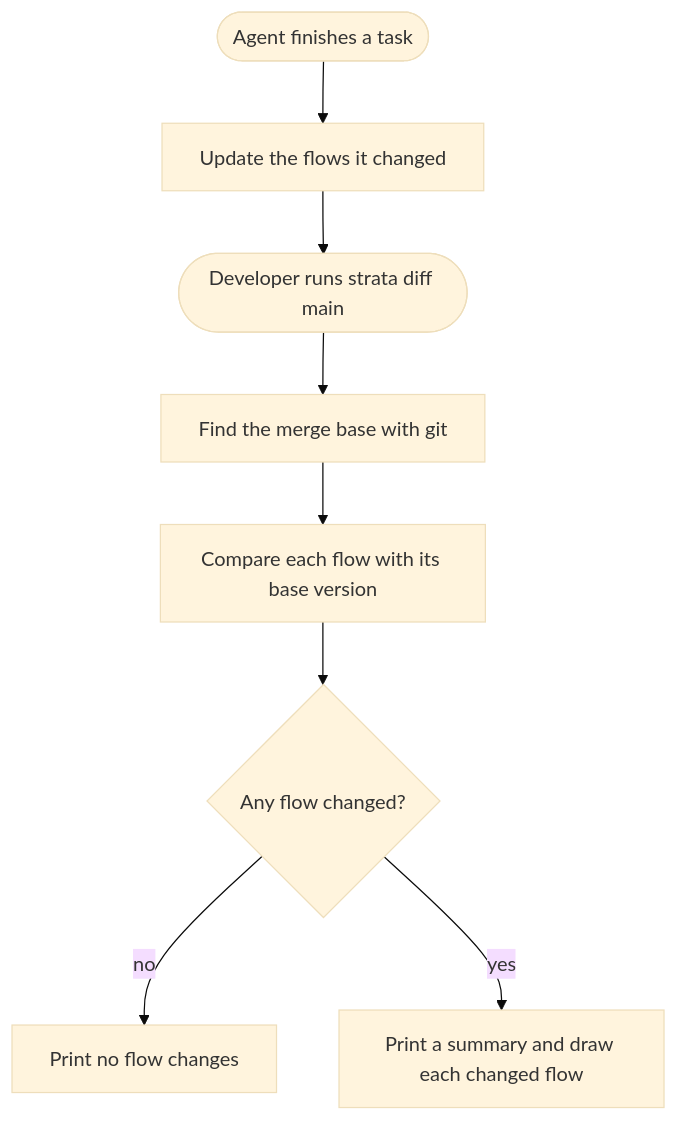
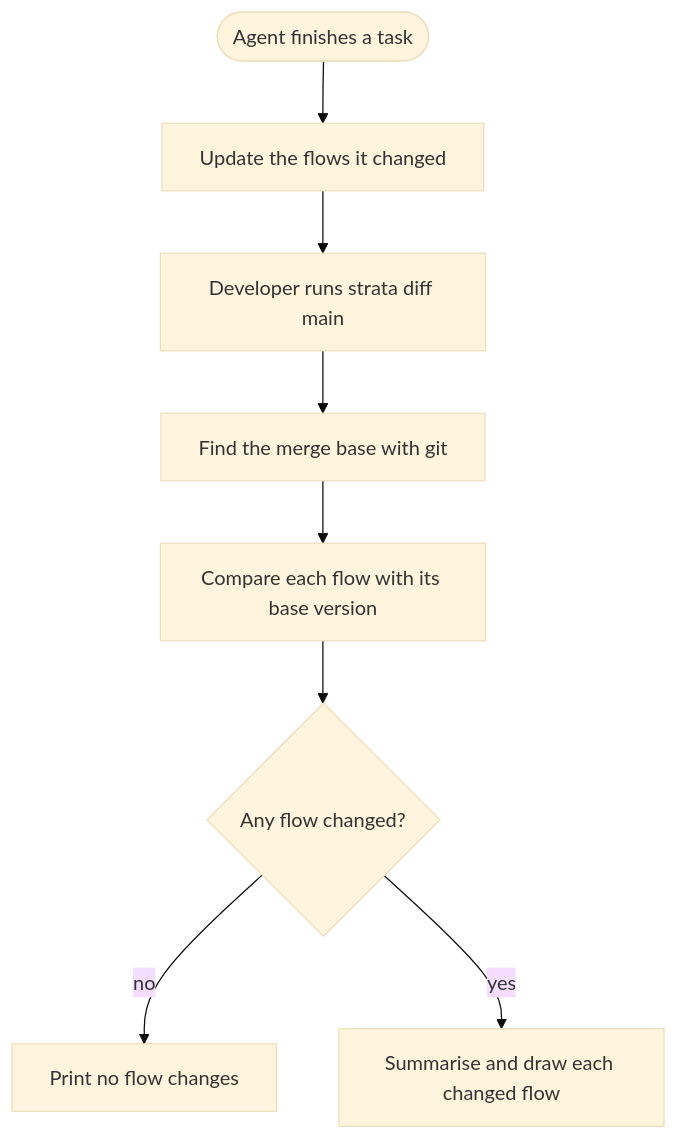
The diagram in docs/flows/review-flow-changes.md (Ross-cripto/casemap), drawn with Mermaid (base theme) before and after one commit. The commit also changed 24 other files, not shown here.

First line of the commit message:
feat(flows): strata init, the strata-flows agent skill and strata check

````diff
--- a/docs/flows/review-flow-changes.md
+++ b/docs/flows/review-flow-changes.md
@@ -5,10 +5,10 @@
 ```mermaid
 flowchart TD
     agent([Agent finishes a task]) --> update[Update the flows it changed]
-    update --> dev([Developer runs strata diff main])
+    update --> dev[Developer runs strata diff main]
     dev --> base[Find the merge base with git]
     base --> compare[Compare each flow with its base version]
     compare --> any{Any flow changed?}
     any -->|no| none[Print no flow changes]
-    any -->|yes| report[Print a summary and draw each changed flow]
+    any -->|yes| report[Summarise and draw each changed flow]
 ```
````
